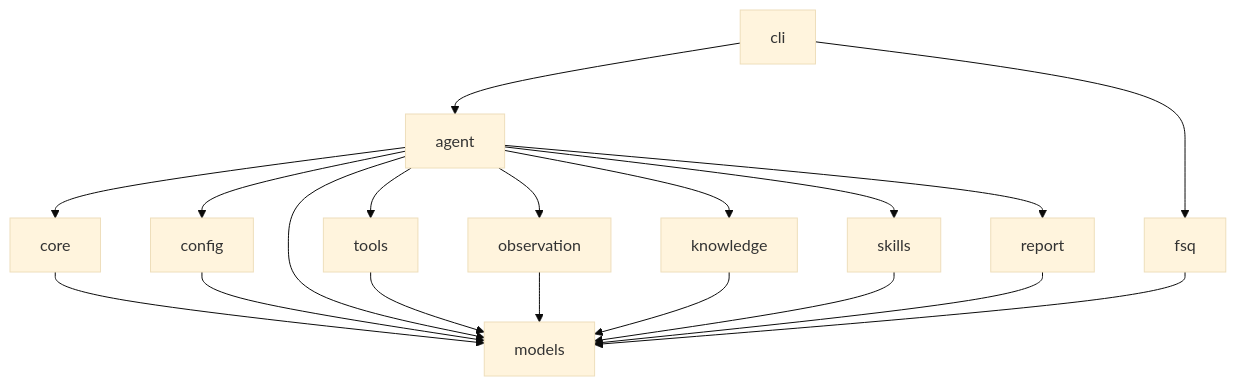
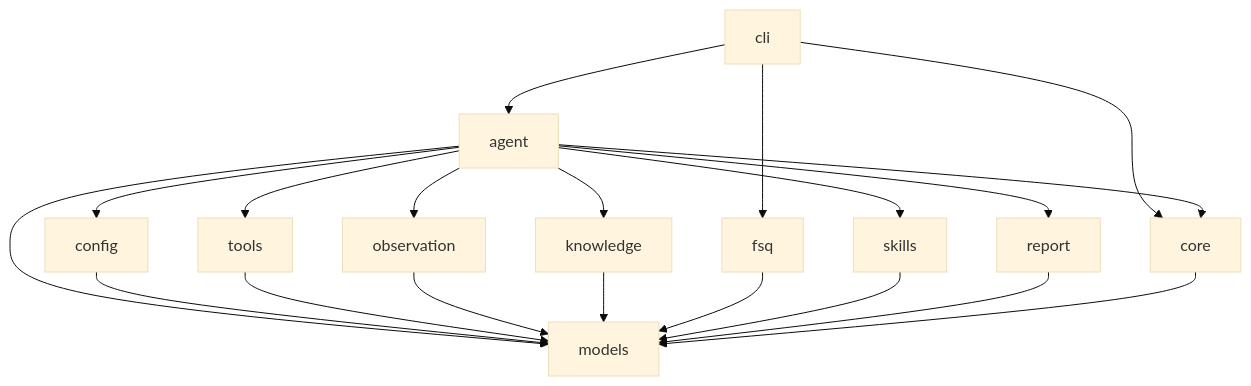
Before and after one commit to FSQ-lab/FSQ-Agent: the diagram in CLAUDE.md, drawn with Mermaid (base theme). The commit also changed 4 other files, not shown here.

````diff
--- a/CLAUDE.md
+++ b/CLAUDE.md
@@ -23,21 +23,22 @@
 ```mermaid
 flowchart TD
     CLI[cli] --> Agent[agent]
+    CLI --> Core[core]
     CLI --> FSQ[fsq]
     Agent --> Core[core]
     Agent --> Config[config]
     Agent --> Models[models]
     Agent --> Tools[tools]
     Agent --> Observation[observation]
     Agent --> Knowledge[knowledge]
     Agent --> Skills[skills]
     Agent --> Report[report]
     Config --> Models
     Tools --> Models
     Observation --> Models
     Knowledge --> Models
     FSQ --> Models
     Skills --> Models
     Report --> Models
     Core --> Models
 ```
````
